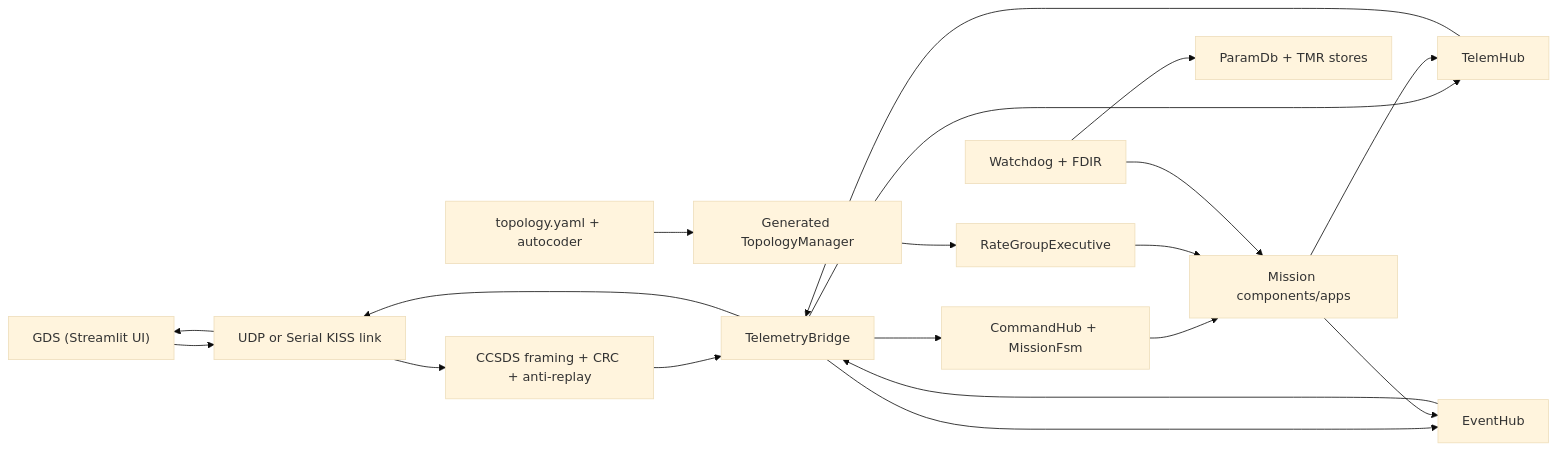
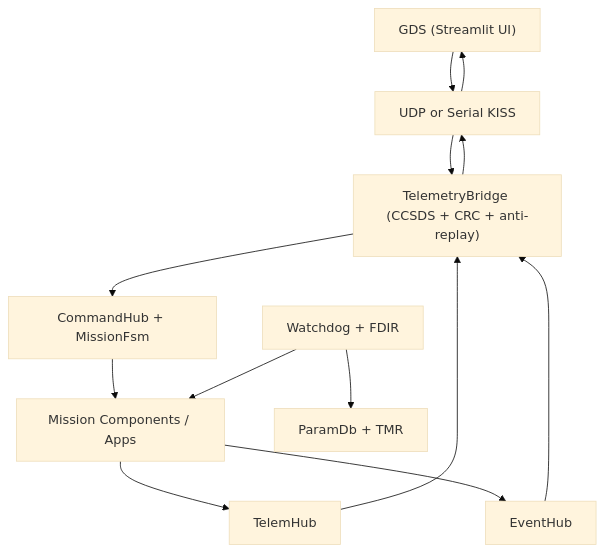
The first of 2 diagrams in docs/ARCHITECTURE.md (Albertcorn92/Delta-V), drawn with Mermaid (base theme) before and after one commit. The commit also changed other lines of this file, not shown here.

Commit message:
docs: split architecture diagram into runtime and generation views

````diff
--- a/docs/ARCHITECTURE.md
+++ b/docs/ARCHITECTURE.md
@@ -15,30 +15,20 @@
 ```mermaid
-flowchart LR
+flowchart TB
     GDS["GDS (Streamlit UI)"]
-    LINK["UDP or Serial KISS link"]
-    CCSDS["CCSDS framing + CRC + anti-replay"]
-    BR["TelemetryBridge"]
+    LINK["UDP or Serial KISS"]
+    BR["TelemetryBridge (CCSDS + CRC + anti-replay)"]
     CMD["CommandHub + MissionFsm"]
-    TELEM["TelemHub"]
-    EVENT["EventHub"]
-    TOPO["topology.yaml + autocoder"]
-    TM["Generated TopologyManager"]
-    RGE["RateGroupExecutive"]
-    APPS["Mission components/apps"]
+    APPS["Mission Components / Apps"]
+    TH["TelemHub"]
+    EH["EventHub"]
     WD["Watchdog + FDIR"]
-    PDB["ParamDb + TMR stores"]
+    PDB["ParamDb + TMR"]
 
-    GDS --> LINK --> CCSDS --> BR
-    BR --> CMD
-    BR --> TELEM
-    BR --> EVENT
-    CMD --> APPS
-    APPS --> TELEM
-    APPS --> EVENT
-    TOPO --> TM --> RGE --> APPS
+    GDS --> LINK --> BR
+    BR --> CMD --> APPS
+    APPS --> TH --> BR
+    APPS --> EH --> BR
     WD --> APPS
     WD --> PDB
-    TELEM --> BR
-    EVENT --> BR
     BR --> LINK --> GDS
 ```
````
